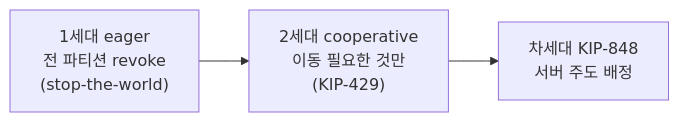
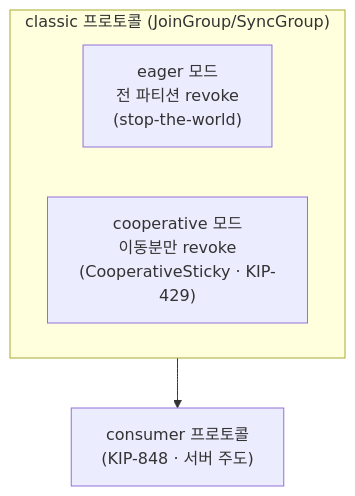
Before and after one commit to ghtjr410/kafka-lab: the third of 4 diagrams in docs/book/1-internals/05-coordination.md, drawn with Mermaid. The commit also changed other lines of this file and 1 other file, not shown here.

First line of the commit message:
docs: 05 외부 리뷰 반영 — 기본 assignor 동작·classic/KIP-848 2계층·위임 이유 정정

````diff
--- a/docs/book/1-internals/05-coordination.md
+++ b/docs/book/1-internals/05-coordination.md
@@ -100,5 +100,8 @@
 ```mermaid
-graph LR
-    E["1세대 eager<br/>전 파티션 revoke<br/>(stop-the-world)"] --> C["2세대 cooperative<br/>이동 필요한 것만<br/>(KIP-429)"]
-    C --> N["차세대 KIP-848<br/>서버 주도 배정"]
+graph TB
+    subgraph CL["classic 프로토콜 (JoinGroup/SyncGroup)"]
+        E["eager 모드<br/>전 파티션 revoke<br/>(stop-the-world)"]
+        C["cooperative 모드<br/>이동분만 revoke<br/>(CooperativeSticky · KIP-429)"]
+    end
+    CL --> N["consumer 프로토콜<br/>(KIP-848 · 서버 주도)"]
 ```
````
